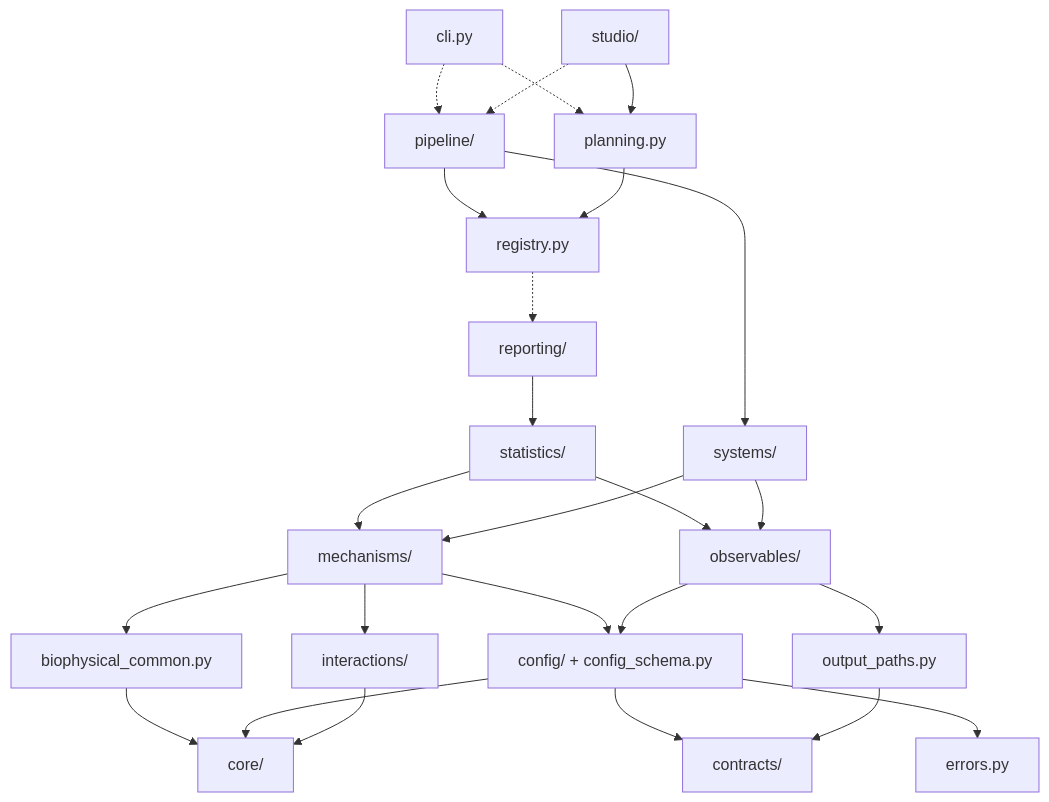
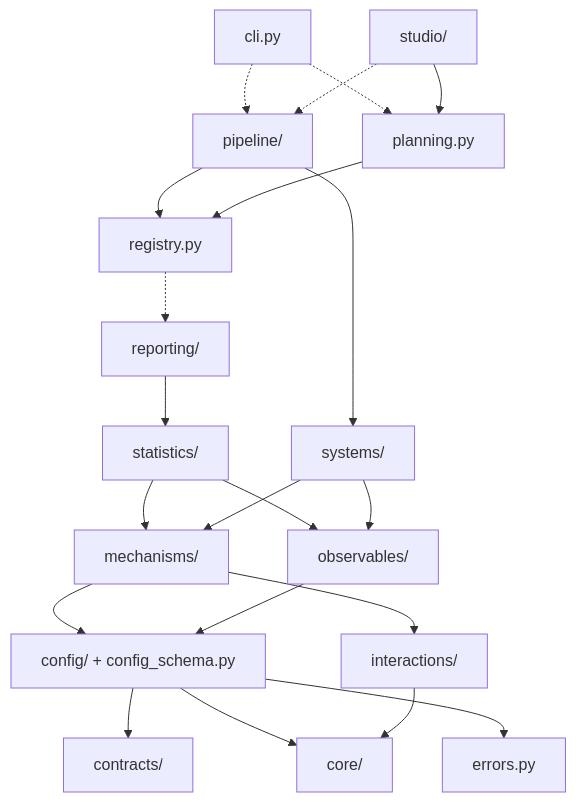
One commit to MarionQL/MDscope changed the second of 2 diagrams in docs/developer/architecture.md. Above: the diagram before and after it, drawn with Mermaid. The commit also changed other lines of this file and 66 other files, not shown here.

First line of the commit message:
[P2][Architecture] Consolidate contracts and bound saved-product processing (#291)

````diff
--- a/docs/developer/architecture.md
+++ b/docs/developer/architecture.md
@@ -48,44 +48,38 @@
 ```mermaid
 flowchart TD
-    biophysical_common["biophysical_common.py"]
     cli["cli.py"]
     config_config_schema["config/ + config_schema.py"]
     contracts["contracts/"]
     core["core/"]
     errors["errors.py"]
     interactions["interactions/"]
     mechanisms["mechanisms/"]
     observables["observables/"]
-    output_paths["output_paths.py"]
     pipeline["pipeline/"]
     planning["planning.py"]
     registry["registry.py"]
     reporting["reporting/"]
     statistics["statistics/"]
     studio["studio/"]
     systems["systems/"]
-    biophysical_common --> core
     cli -.-> pipeline
     cli -.-> planning
     config_config_schema --> contracts
     config_config_schema --> core
     config_config_schema --> errors
     interactions --> core
-    mechanisms --> biophysical_common
     mechanisms --> config_config_schema
     mechanisms --> interactions
     observables --> config_config_schema
-    observables --> output_paths
-    output_paths --> contracts
     pipeline --> registry
     pipeline --> systems
     planning --> registry
     registry -.-> reporting
     reporting --> statistics
     statistics --> mechanisms
     statistics --> observables
     studio -.-> pipeline
     studio --> planning
     systems --> mechanisms
     systems --> observables
 ```
````
